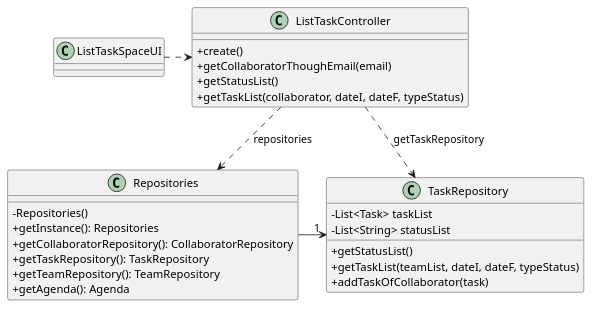
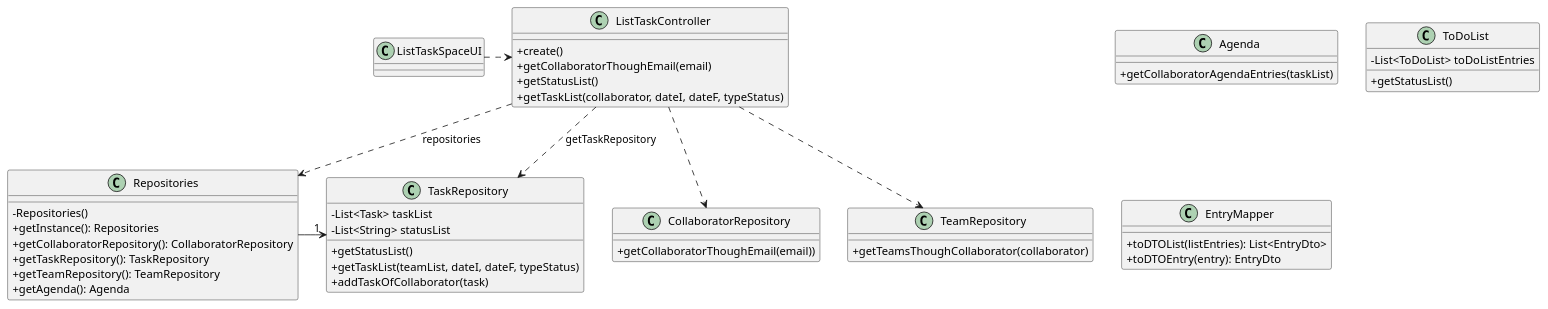
Before and after one commit to Departamento-de-Engenharia-Informatica/lei-24-s2-1df-1de-g063: the diagram in docs/SprintC/us28/03.design/puml/us028-class-diagram.puml, drawn with PlantUML. The commit also changed 1 other file, not shown here.

```diff
--- a/docs/SprintC/us28/03.design/puml/us028-class-diagram.puml
+++ b/docs/SprintC/us28/03.design/puml/us028-class-diagram.puml
@@ -1,50 +1,72 @@
 @startuml
 'skinparam monochrome true
 skinparam packageStyle rectangle
 skinparam shadowing false
 skinparam linetype polyline
 'skinparam linetype orto
 
 skinparam classAttributeIconSize 0
 
 'left to right direction
 
 class ListTaskSpaceUI{
 
 }
 
 
 class ListTaskController{
    + create()
        + getCollaboratorThoughEmail(email)
        + getStatusList()
        + getTaskList(collaborator, dateI, dateF, typeStatus)
 }
 
 
 class Repositories{
     - Repositories()
         + getInstance(): Repositories
         + getCollaboratorRepository(): CollaboratorRepository
         + getTaskRepository(): TaskRepository
         + getTeamRepository(): TeamRepository
         + getAgenda(): Agenda
 }
 
 class TaskRepository{
     - List<Task> taskList
     - List<String> statusList
     + getStatusList()
     + getTaskList(teamList, dateI, dateF, typeStatus)
     + addTaskOfCollaborator(task)
 }
 
+class CollaboratorRepository{
+    + getCollaboratorThoughEmail(email))
+}
+
+class TeamRepository{
+    + getTeamsThoughCollaborator(collaborator)
+}
+
+class Agenda{
+    +getCollaboratorAgendaEntries(taskList)
+}
+
+class ToDoList{
+    -List<ToDoList> toDoListEntries
+    +getStatusList()
+}
+
+class EntryMapper{
+    +toDTOList(listEntries): List<EntryDto>
+    +toDTOEntry(entry): EntryDto
+}
 
 
 ListTaskSpaceUI .> ListTaskController
 ListTaskController..> Repositories : repositories
 Repositories -> "1" TaskRepository
 ListTaskController ..> TaskRepository : getTaskRepository
-
+ListTaskController..> CollaboratorRepository
+ListTaskController..> TeamRepository
 
 @enduml
```
